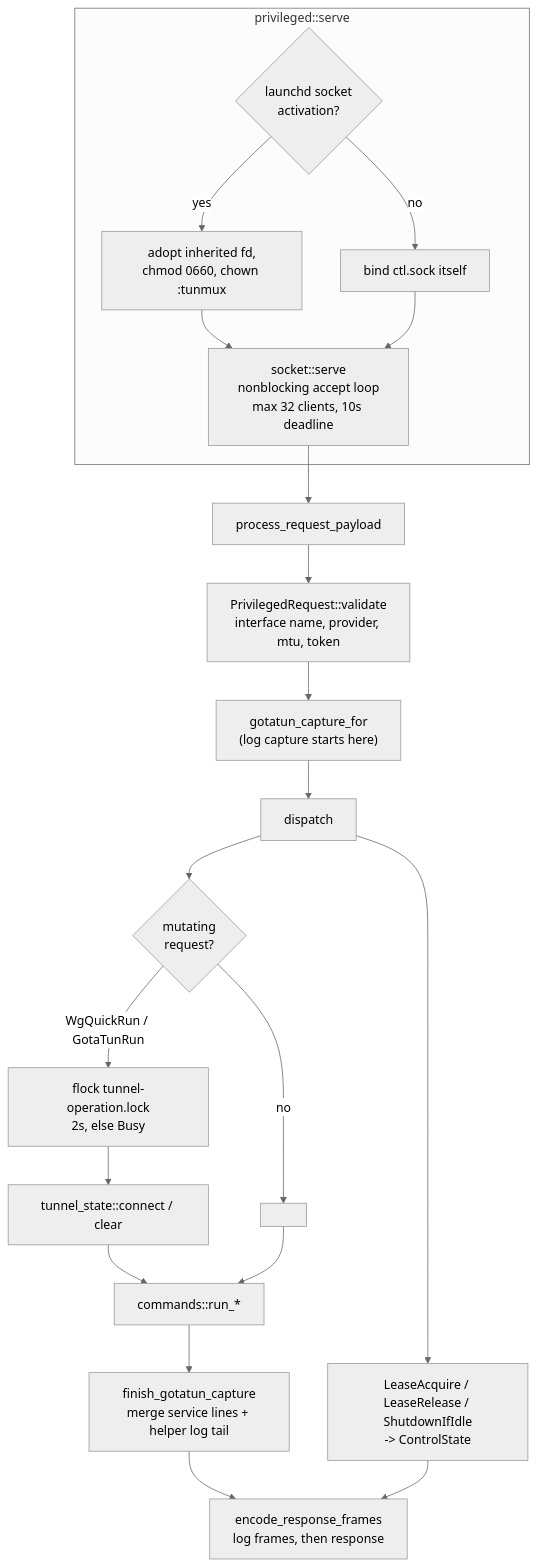
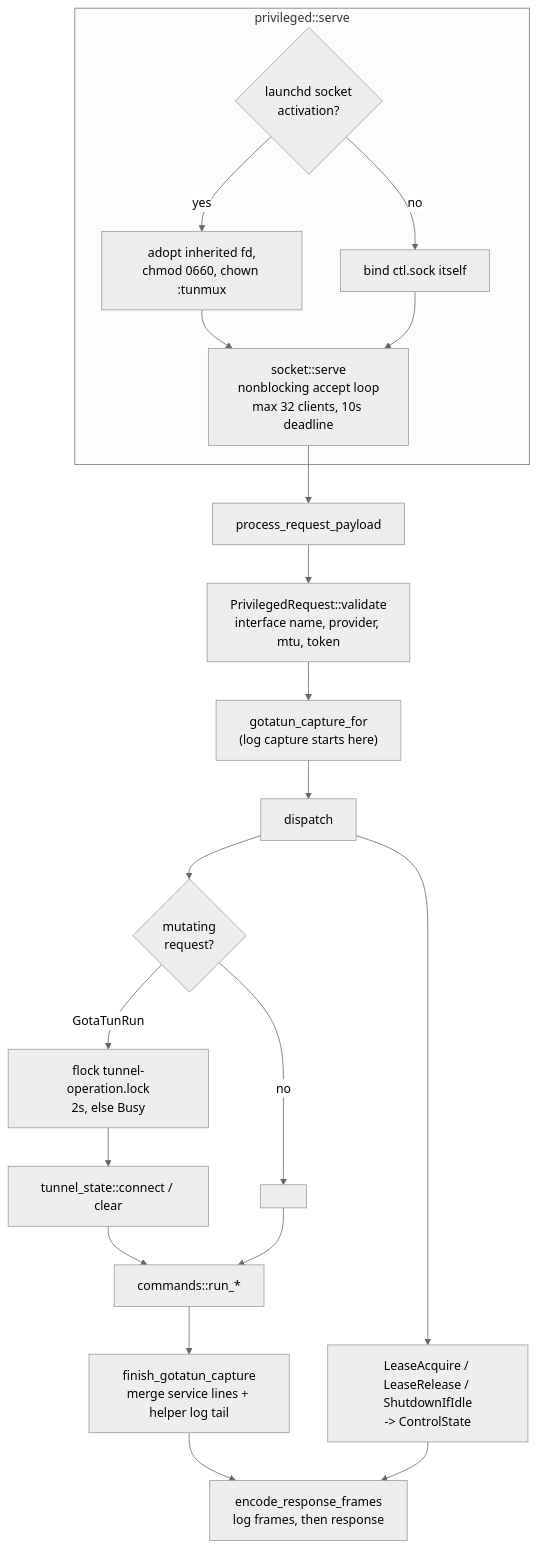
Before and after one commit to pansen/macos-wireguard-daemon: the sixth of 11 diagrams in doc/architecture.md, drawn with Mermaid (neutral theme). The commit also changed other lines of this file and 19 other files, not shown here.

````diff
--- a/doc/architecture.md
+++ b/doc/architecture.md
@@ -306,28 +296,28 @@
 ```mermaid
 flowchart TB
     subgraph serve["privileged::serve"]
         ACT{"launchd socket<br/>activation?"}
         ACT -->|yes| FD["adopt inherited fd,<br/>chmod 0660, chown :tunmux"]
         ACT -->|no| BIND["bind ctl.sock itself"]
         FD --> LOOP
         BIND --> LOOP
     end
 
     LOOP["socket::serve<br/>nonblocking accept loop<br/>max 32 clients, 10s deadline"]
     LOOP --> PRP["process_request_payload"]
     PRP --> VAL["PrivilegedRequest::validate<br/>interface name, provider, mtu, token"]
     VAL --> CAP["gotatun_capture_for<br/>(log capture starts here)"]
     CAP --> DISP["dispatch"]
 
     DISP --> MUT{"mutating<br/>request?"}
-    MUT -->|"WgQuickRun / GotaTunRun"| LOCK["flock tunnel-operation.lock<br/>2s, else Busy"]
+    MUT -->|"GotaTunRun"| LOCK["flock tunnel-operation.lock<br/>2s, else Busy"]
     MUT -->|no| SKIP[" "]
     LOCK --> TS["tunnel_state::connect / clear"]
     TS --> CMD["commands::run_*"]
     SKIP --> CMD
 
     DISP --> CTRL["LeaseAcquire / LeaseRelease / ShutdownIfIdle<br/>-> ControlState"]
     CMD --> FIN["finish_gotatun_capture<br/>merge service lines + helper log tail"]
     FIN --> ENC["encode_response_frames<br/>log frames, then response"]
     CTRL --> ENC
 ```
````
